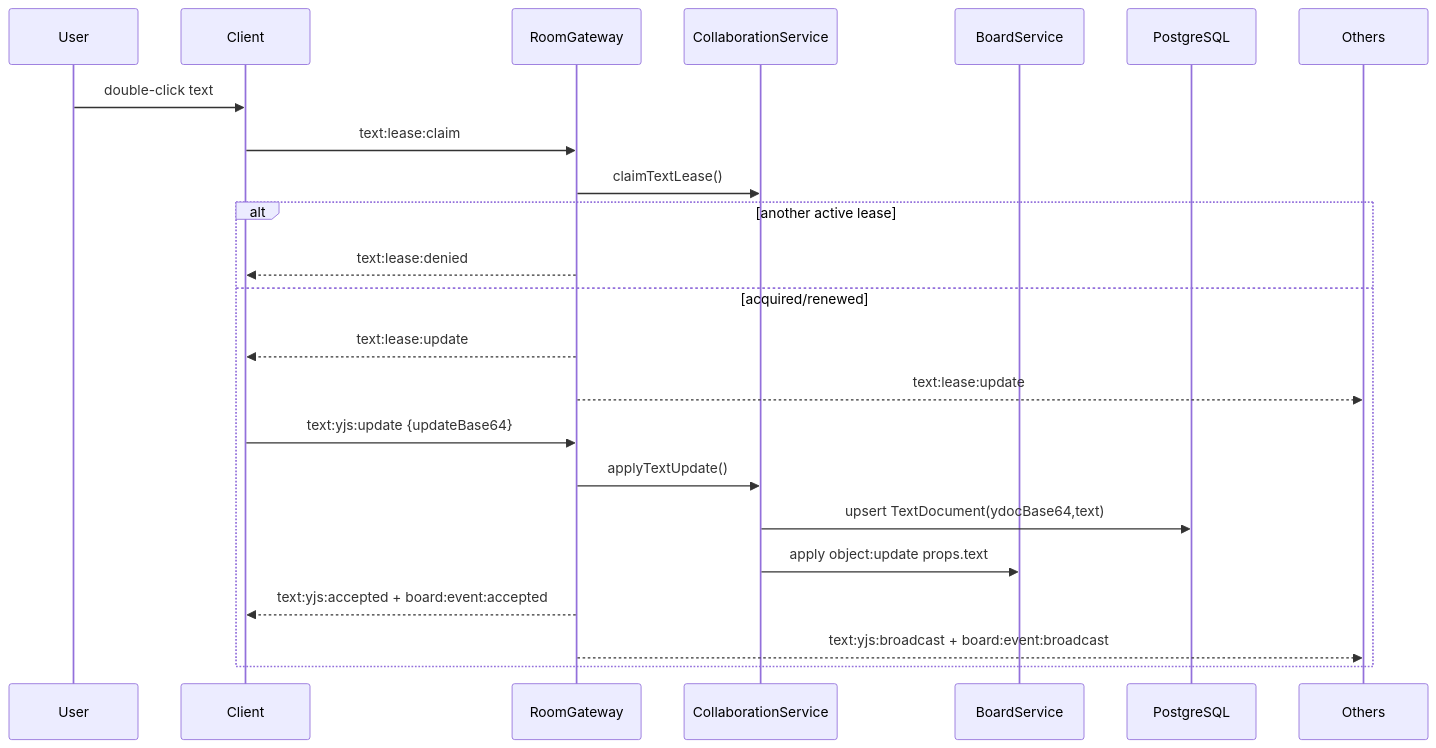
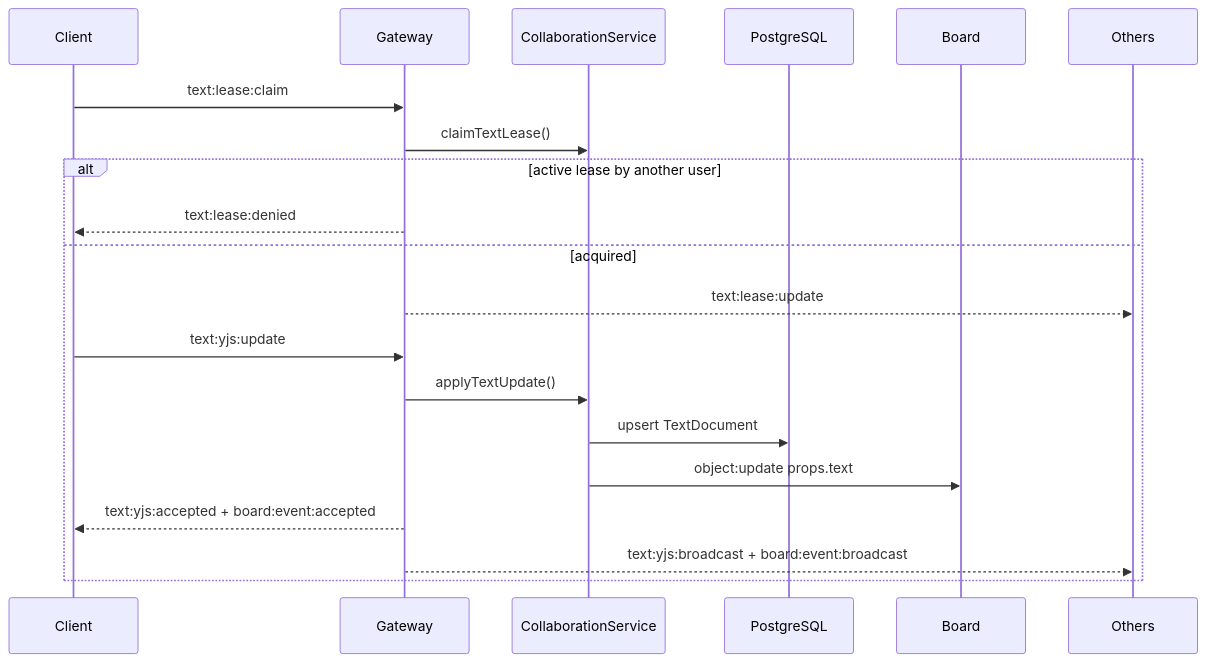
One commit to phapsucongu/white-board changed diagram 11 of 19 in REPO_REPORT.md. Above: the diagram before and after it, drawn with Mermaid. The commit also changed other lines of this file, not shown here.

````diff
--- a/REPO_REPORT.md
+++ b/REPO_REPORT.md
@@ -710,26 +563,23 @@
 ```mermaid
 sequenceDiagram
-  participant User
   participant Client
-  participant Gateway as RoomGateway
+  participant Gateway
   participant Collab as CollaborationService
-  participant Board as BoardService
   participant DB as PostgreSQL
+  participant Board
   participant Others
 
-  User->>Client: double-click text
   Client->>Gateway: text:lease:claim
   Gateway->>Collab: claimTextLease()
-  alt another active lease
+  alt active lease by another user
     Gateway-->>Client: text:lease:denied
-  else acquired/renewed
-    Gateway-->>Client: text:lease:update
+  else acquired
     Gateway-->>Others: text:lease:update
-    Client->>Gateway: text:yjs:update {updateBase64}
+    Client->>Gateway: text:yjs:update
     Gateway->>Collab: applyTextUpdate()
-    Collab->>DB: upsert TextDocument(ydocBase64,text)
-    Collab->>Board: apply object:update props.text
+    Collab->>DB: upsert TextDocument
+    Collab->>Board: object:update props.text
     Gateway-->>Client: text:yjs:accepted + board:event:accepted
     Gateway-->>Others: text:yjs:broadcast + board:event:broadcast
   end
 ```
````
